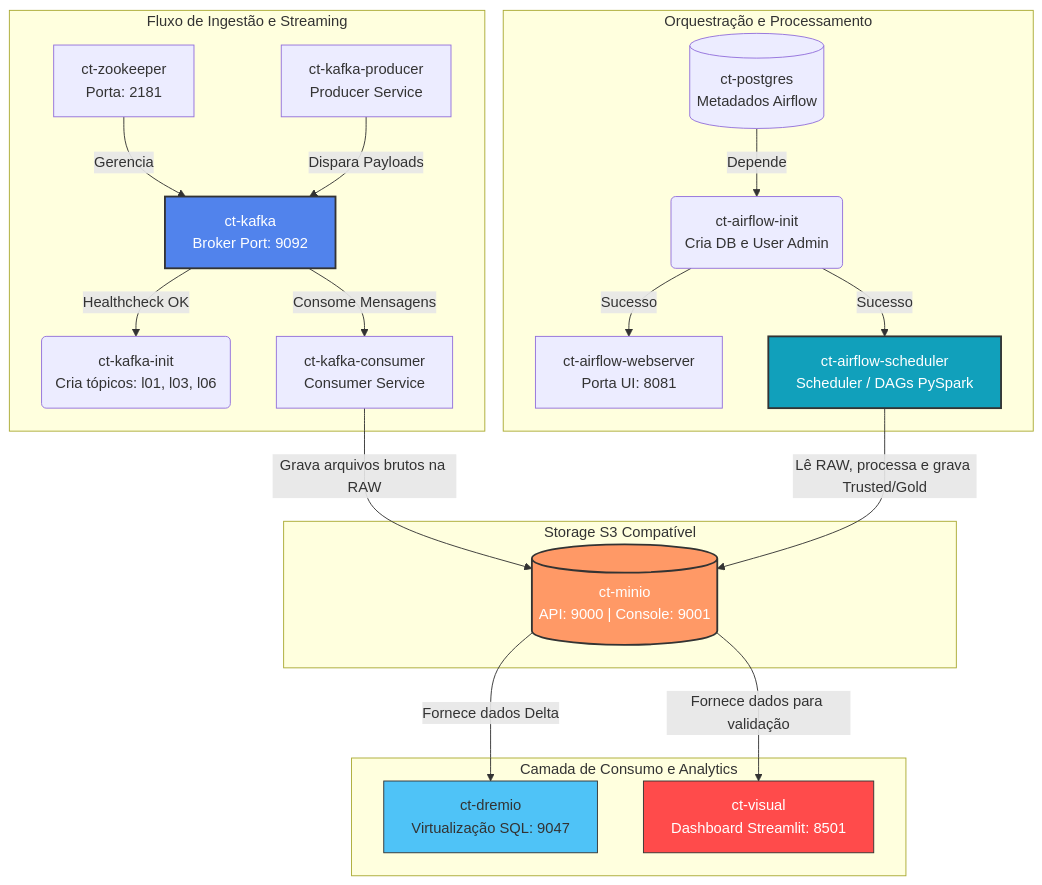
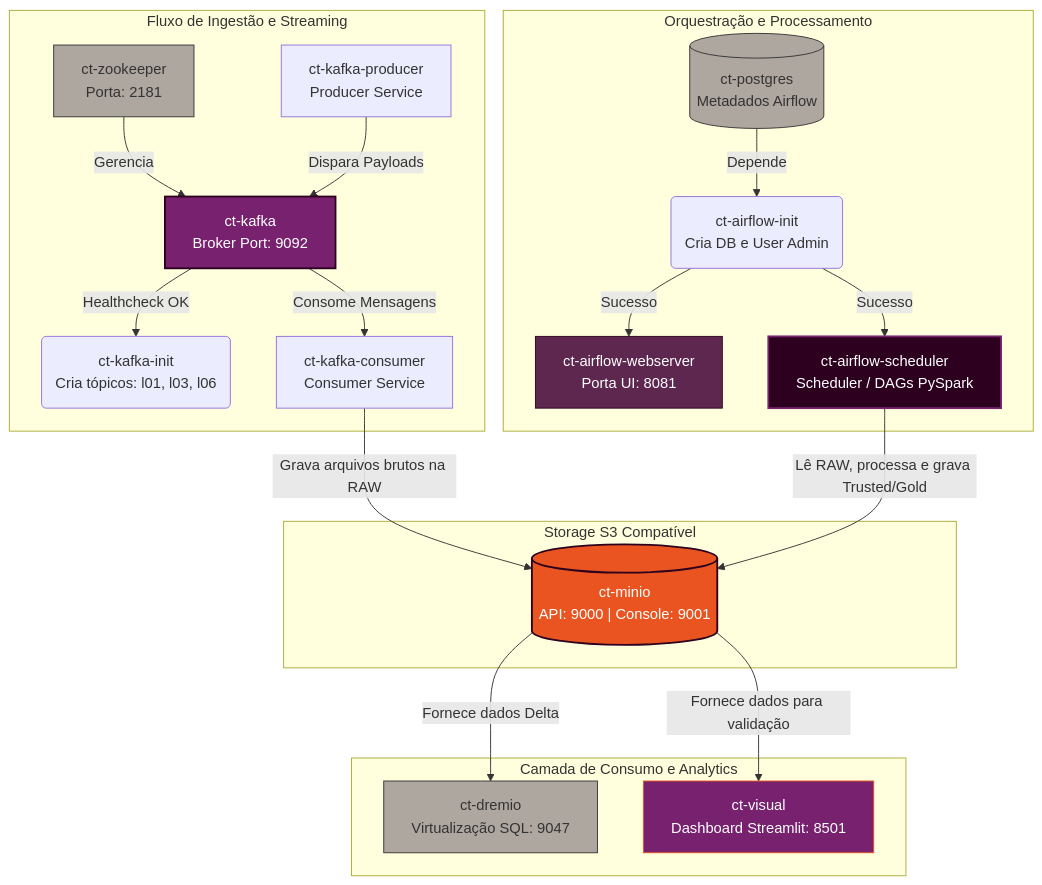
The diagram in README.md (ednilsonlomazi/data-pipeline-kafka-airflow-deltalake-docker-tcc), drawn with Mermaid before and after one commit.

Commit message:
README.md

````diff
--- a/README.md
+++ b/README.md
@@ -53,48 +53,51 @@
 ```mermaid
 graph TD
     %% Subgraph da Infraestrutura de Mensageria (Kafka)
     subgraph Ingestao_Streaming ["Fluxo de Ingestão e Streaming"]
         ct-zookeeper["ct-zookeeper<br/>Porta: 2181"] -->|Gerencia| ct-kafka["ct-kafka<br/>Broker Port: 9092"]
         ct-kafka -->|Healthcheck OK| ct-kafka-init("ct-kafka-init<br/>Cria tópicos: l01, l03, l06")
         
         ct-kafka-producer["ct-kafka-producer<br/>Producer Service"] -->|Dispara Payloads| ct-kafka
         ct-kafka -->|Consome Mensagens| ct-kafka-consumer["ct-kafka-consumer<br/>Consumer Service"]
     end
 
     %% Subgraph da Camada de Armazenamento (MinIO)
     subgraph Storage_Layer ["Storage S3 Compatível"]
         ct-minio[("ct-minio<br/>API: 9000 | Console: 9001")]
     end
 
     %% Conexão do fluxo de entrada com o Storage
     ct-kafka-consumer -->|Grava arquivos brutos na RAW| ct-minio
 
     %% Subgraph de Orquestração (Airflow)
     subgraph Orchestration_Orque ["Orquestração e Processamento"]
         ct-postgres[("ct-postgres<br/>Metadados Airflow")] -->|Depende| ct-airflow-init("ct-airflow-init<br/>Cria DB e User Admin")
         
         ct-airflow-init -->|Sucesso| ct-airflow-webserver["ct-airflow-webserver<br/>Porta UI: 8081"]
         ct-airflow-init -->|Sucesso| ct-airflow-scheduler["ct-airflow-scheduler<br/>Scheduler / DAGs PySpark"]
     end
 
     %% Relação do Airflow/Spark com as Camadas do Lakehouse
     ct-airflow-scheduler -->|Lê RAW, processa e grava Trusted/Gold| ct-minio
 
     %% Subgraph de Consumo (Analytics / Serving)
     subgraph Analytics_Serving ["Camada de Consumo e Analytics"]
         ct-dremio["ct-dremio<br/>Virtualização SQL: 9047"]
         ct-visual["ct-visual<br/>Dashboard Streamlit: 8501"]
     end
 
     %% Conexões de consumo de dados
     ct-minio -->|Fornece dados Delta| ct-dremio
     ct-minio -->|Fornece dados para validação| ct-visual
 
-    %% Estilização de nós críticos
-    style ct-minio fill:#f96,stroke:#333,stroke-width:2px,color:#fff
-    style ct-kafka fill:#5183ec,stroke:#333,stroke-width:2px,color:#fff
-    style ct-airflow-scheduler fill:#11a0bb,stroke:#333,stroke-width:2px,color:#fff
-    style ct-dremio fill:#4fc3f7,stroke:#333,stroke-width:1px
-    style ct-visual fill:#ff4b4b,stroke:#333,stroke-width:1px,color:#fff
+    %% Estilização baseada na Identidade Visual do Ubuntu
+    style ct-minio fill:#E95420,stroke:#2C001E,stroke-width:2px,color:#fff
+    style ct-kafka fill:#77216F,stroke:#2C001E,stroke-width:2px,color:#fff
+    style ct-airflow-scheduler fill:#2C001E,stroke:#77216F,stroke-width:2px,color:#fff
+    style ct-airflow-webserver fill:#5E2750,stroke:#2C001E,stroke-width:1px,color:#fff
+    style ct-dremio fill:#AEA79F,stroke:#333333,stroke-width:1px,color:#333
+    style ct-visual fill:#77216F,stroke:#E95420,stroke-width:1px,color:#fff
+    style ct-postgres fill:#AEA79F,stroke:#333333,stroke-width:1px,color:#333
+    style ct-zookeeper fill:#AEA79F,stroke:#333333,stroke-width:1px,color:#333
 
 ```
````
